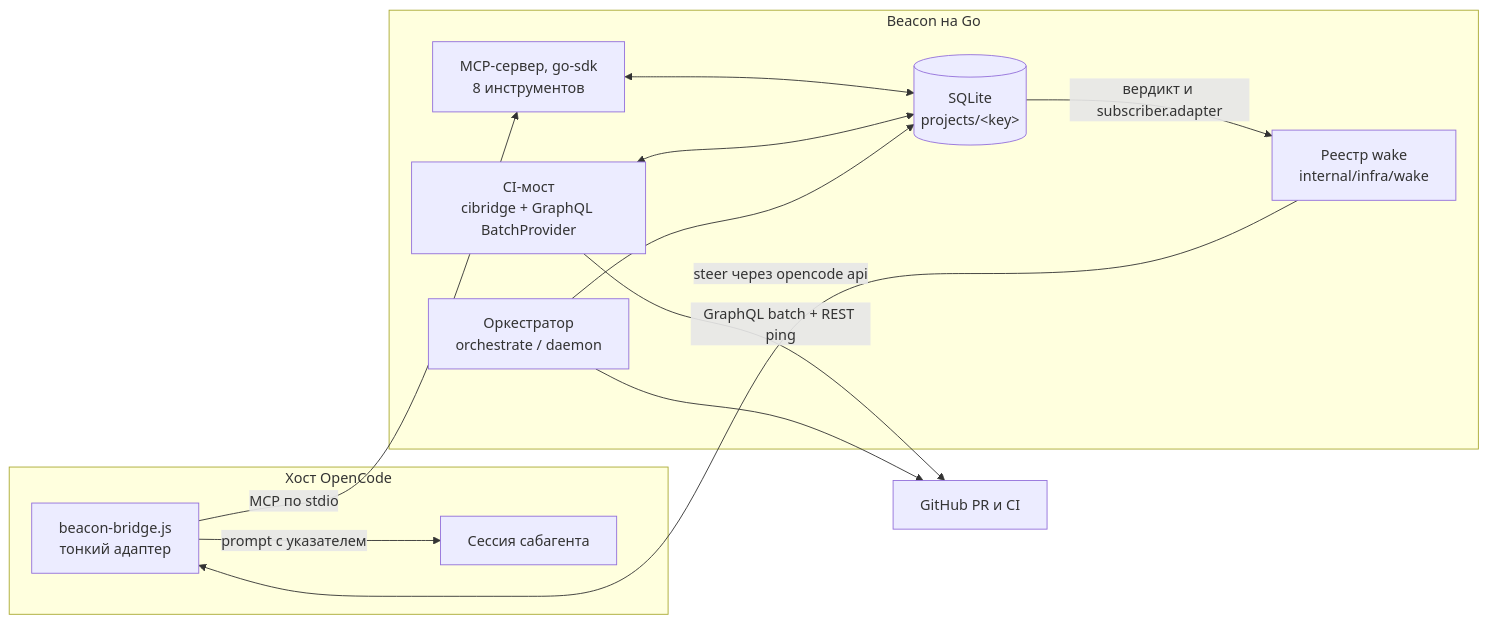
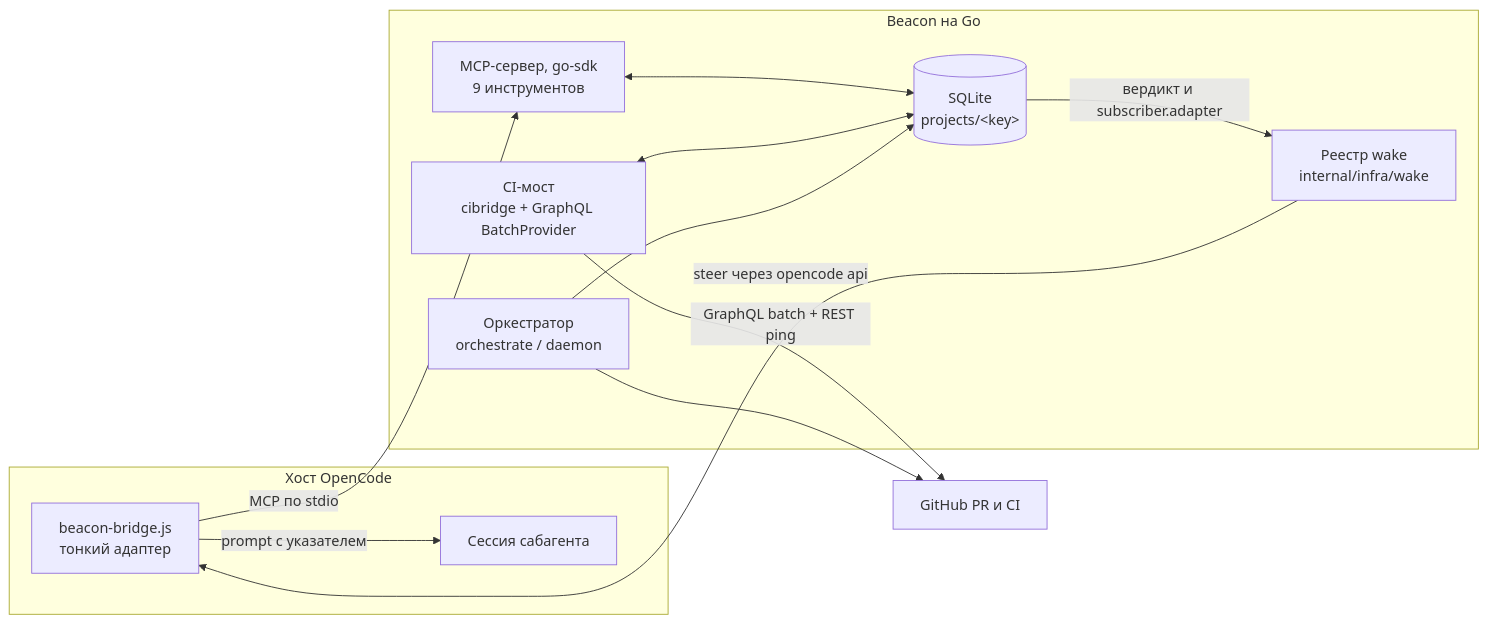
Before and after one commit to refusedguy/beacon: the first of 3 diagrams in README.md, drawn with Mermaid. The commit also changed other lines of this file and 4 other files, not shown here.

````diff
--- a/README.md
+++ b/README.md
@@ -15,25 +15,25 @@
 ```mermaid
 flowchart LR
     subgraph Host["Хост OpenCode"]
         Plugin["beacon-bridge.js<br/>тонкий адаптер"]
         Session["Сессия сабагента"]
     end
     subgraph Beacon["Beacon на Go"]
-        MCP["MCP-сервер, go-sdk<br/>8 инструментов"]
+        MCP["MCP-сервер, go-sdk<br/>9 инструментов"]
         Store[("SQLite<br/>projects/&lt;key&gt;")]
         CI["CI-мост<br/>cibridge + GraphQL BatchProvider"]
         Wake["Реестр wake<br/>internal/infra/wake"]
         Orch["Оркестратор<br/>orchestrate / daemon"]
     end
     GH["GitHub PR и CI"]
 
     Plugin -->|"MCP по stdio"| MCP
     MCP <--> Store
     CI <--> Store
     CI -->|"GraphQL batch + REST ping"| GH
     Orch --> Store
     Orch --> GH
     Store -->|"вердикт и subscriber.adapter"| Wake
     Wake -->|"steer через opencode api"| Plugin
     Plugin -->|"prompt с указателем"| Session
 ```
````
